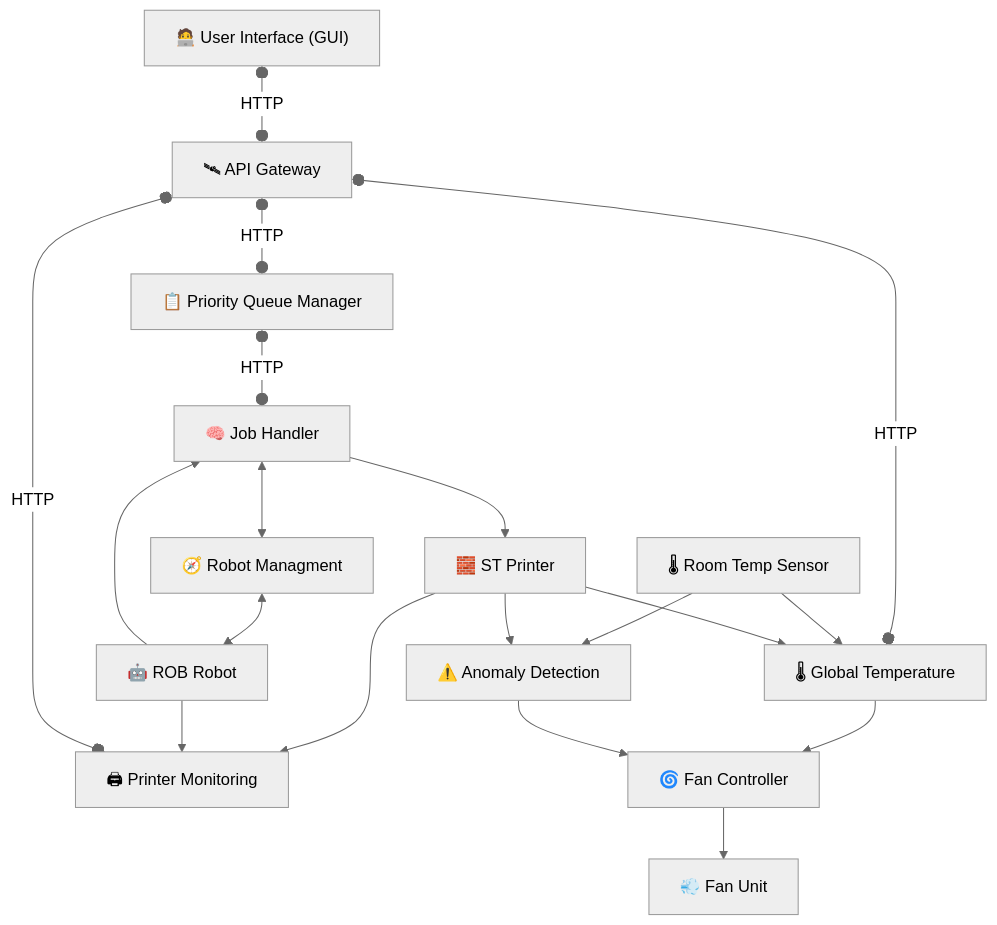
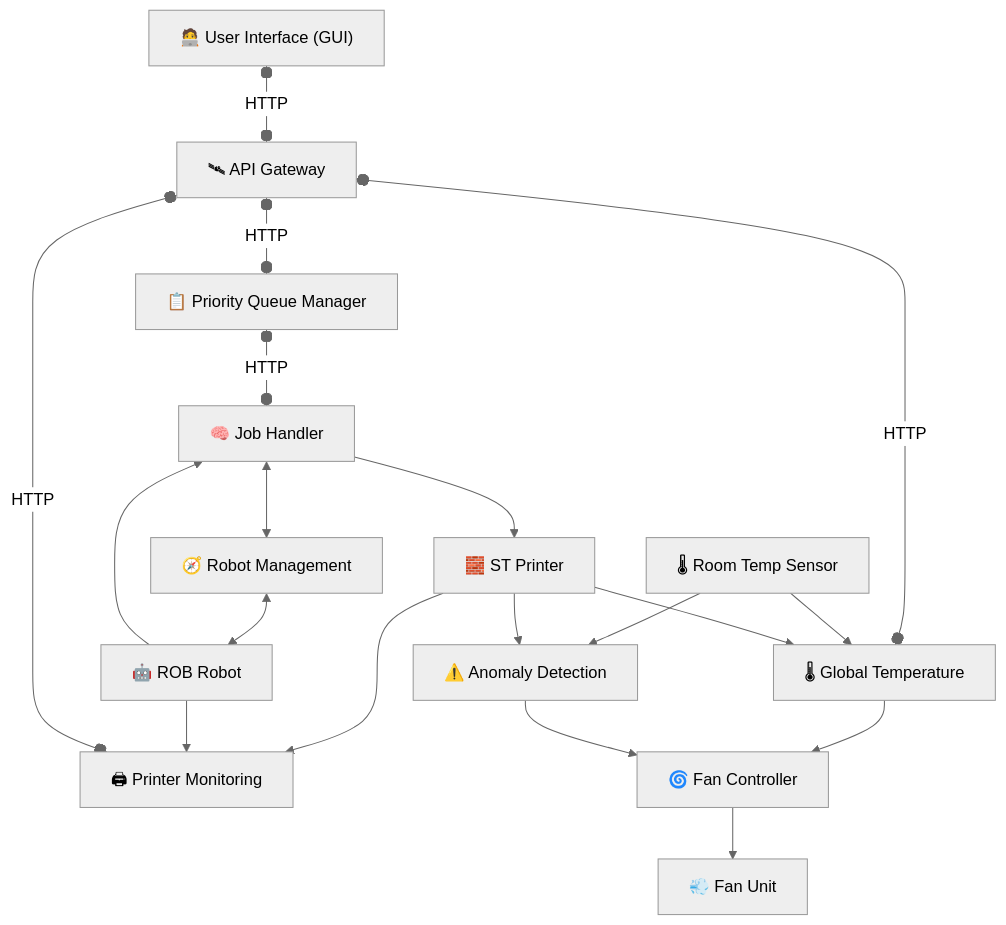
Before and after one commit to leonardosos/3D_Printer_Lab: the diagram in basic_flowchart.mmd, drawn with Mermaid (neutral theme). The commit also changed 1 other file, not shown here.

```diff
--- a/basic_flowchart.mmd
+++ b/basic_flowchart.mmd
@@ -1,48 +1,48 @@
 flowchart TB
 
 %% User Interaction Layer
 GUI["🧑‍💻 User Interface (GUI)"]
 
 %% HTTP Communication Layer
 APIGW["🛰 API Gateway"]
 QueueMgr["📋 Priority Queue Manager"]
 TempGlobal["🌡 Global Temperature"]
 PrinterMon["🖨 Printer Monitoring"]
 
 %% MQTT Communication Layer
 JobHandler["🧠 Job Handler"]
-Planning["🧭 Robot Managment"]
+Planning["🧭 Robot Management"]
 ST["🧱 ST Printer"]
 Anomaly["⚠️ Anomaly Detection"]
 FanCtrl["🌀 Fan Controller"]
 
 %% Device Layer (emoji-enhanced)
 Robot["🤖 ROB Robot"]
 Fan["💨 Fan Unit"]
 TempSensor["🌡 Room Temp Sensor"]
 
 %% Data Flow 
 GUI o--o|HTTP| APIGW
 APIGW o--o|HTTP| QueueMgr
 APIGW o--o|HTTP| TempGlobal
 QueueMgr o--o|HTTP| JobHandler
 
 TempSensor --> TempGlobal
 JobHandler <--> Planning
 
 ST --> TempGlobal 
 ST --> PrinterMon
 JobHandler --> ST
 
 Planning <--> Robot
 Robot --> PrinterMon
 Robot --> JobHandler 
 
 APIGW o--o|HTTP| PrinterMon
 
 TempGlobal --> FanCtrl
 FanCtrl --> Fan
 
 TempSensor --> Anomaly
 ST --> Anomaly
 Anomaly --> FanCtrl
```
